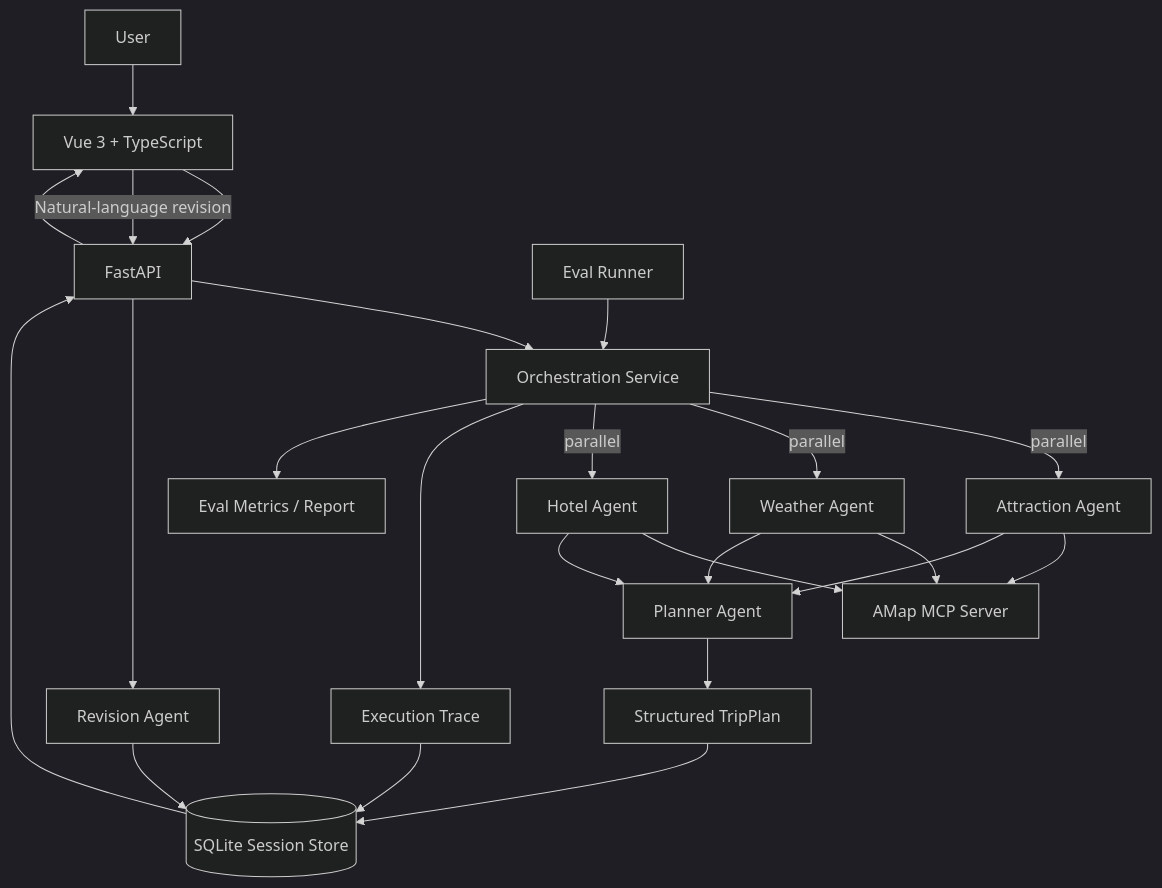
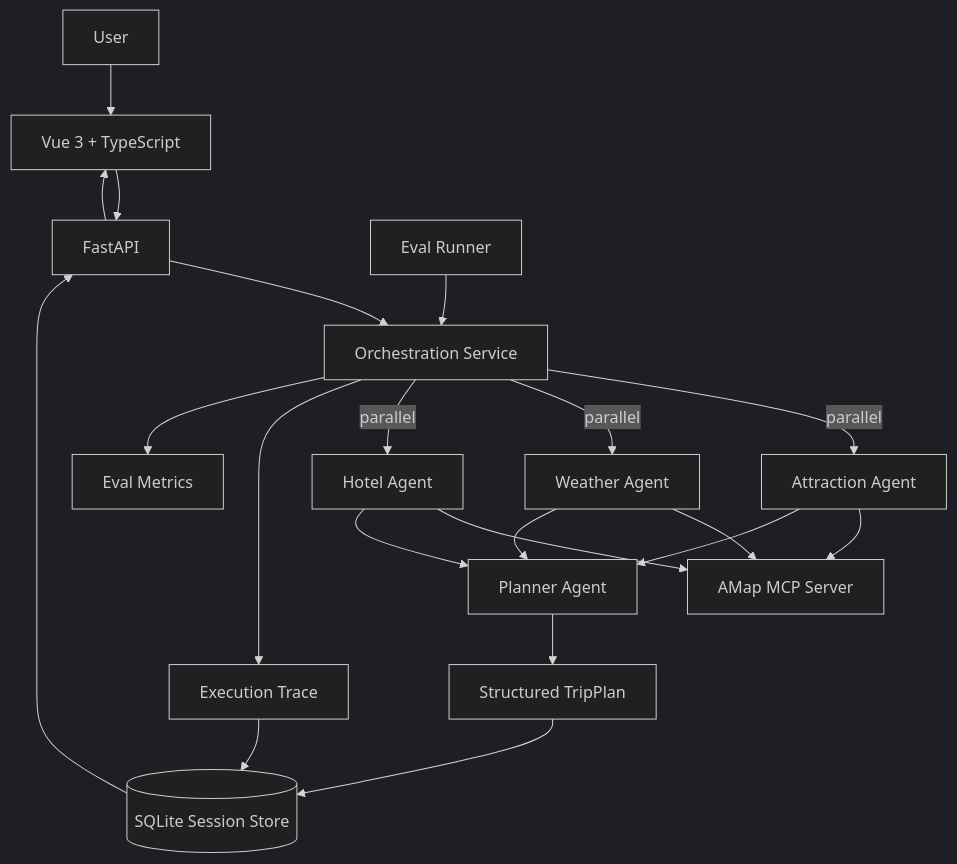
The diagram in README.md (geomini1989-cpu/helloagents-trip-planner), drawn with Mermaid (dark theme) before and after one commit. The commit also changed other lines of this file, not shown here.

Commit message:
docs: align README with eval reliability and CI implementation

````diff
--- a/README.md
+++ b/README.md
@@ -23,33 +25,29 @@
 ```mermaid
 flowchart TD
     U[User] --> FE[Vue 3 + TypeScript]
     FE --> API[FastAPI]
     API --> O[Orchestration Service]
 
     O -->|parallel| A[Attraction Agent]
     O -->|parallel| W[Weather Agent]
     O -->|parallel| H[Hotel Agent]
 
     A --> MCP[AMap MCP Server]
     W --> MCP
     H --> MCP
 
     A --> P[Planner Agent]
     W --> P
     H --> P
 
     P --> TP[Structured TripPlan]
     TP --> DB[(SQLite Session Store)]
     O --> T[Execution Trace]
     T --> DB
 
     DB --> API
     API --> FE
 
-    FE -->|Natural-language revision| API
-    API --> R[Revision Agent]
-    R --> DB
-
     E[Eval Runner] --> O
-    O --> ER[Eval Metrics / Report]
+    O --> ER[Eval Metrics]
 ```
````
